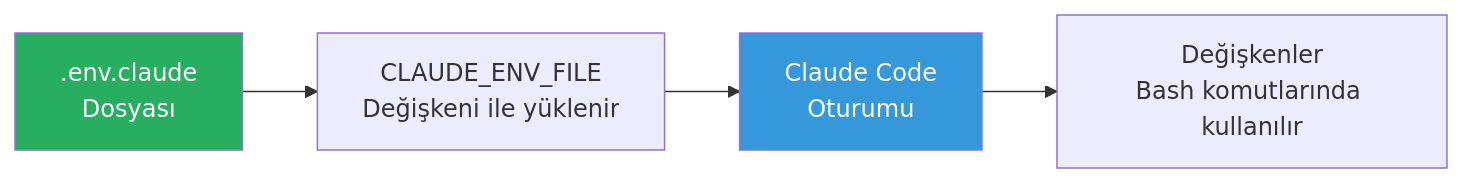
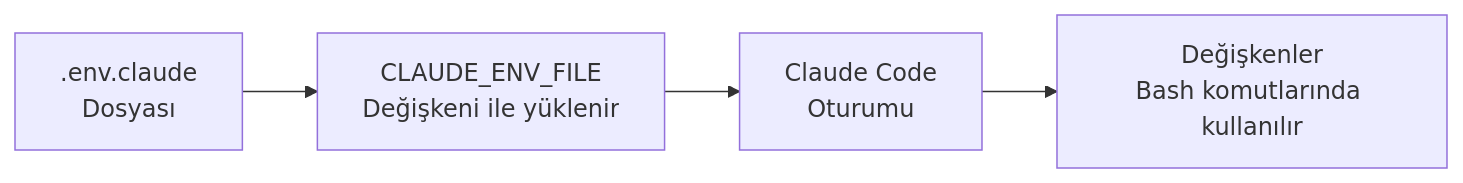
The second of 3 diagrams in 17-konfigurasyon/03-ortam-degiskenleri.md (IzzetYasinAtes/ClaudeCodeHandbook), drawn with Mermaid before and after one commit. The commit also changed other lines of this file and 97 other files, not shown here.

Commit message:
Remove all custom Mermaid style/fill colors from 98 markdown files for consistent dark theme rendering

````diff
--- a/17-konfigurasyon/03-ortam-degiskenleri.md
+++ b/17-konfigurasyon/03-ortam-degiskenleri.md
@@ -119,9 +115,7 @@
 ```mermaid
 flowchart LR
     ENV_FILE[".env.claude<br/>Dosyası"] --> LOAD["CLAUDE_ENV_FILE<br/>Değişkeni ile yüklenir"]
     LOAD --> SESSION["Claude Code<br/>Oturumu"]
     SESSION --> USE["Değişkenler<br/>Bash komutlarında kullanılır"]
 
-    style ENV_FILE fill:#27AE60,color:#fff
-    style SESSION fill:#3498DB,color:#fff
 ```
````
